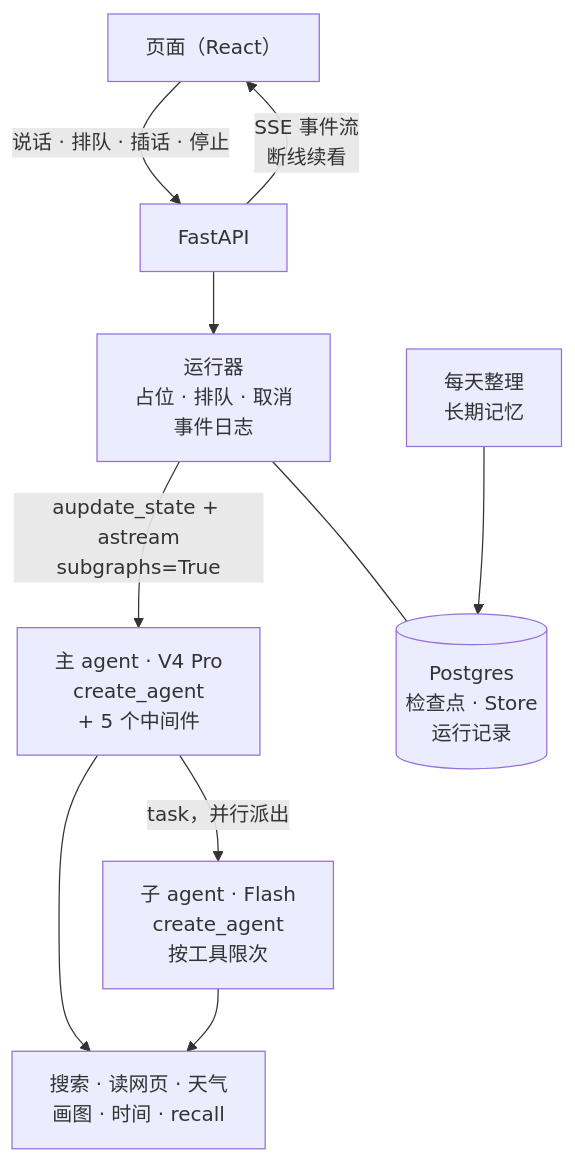
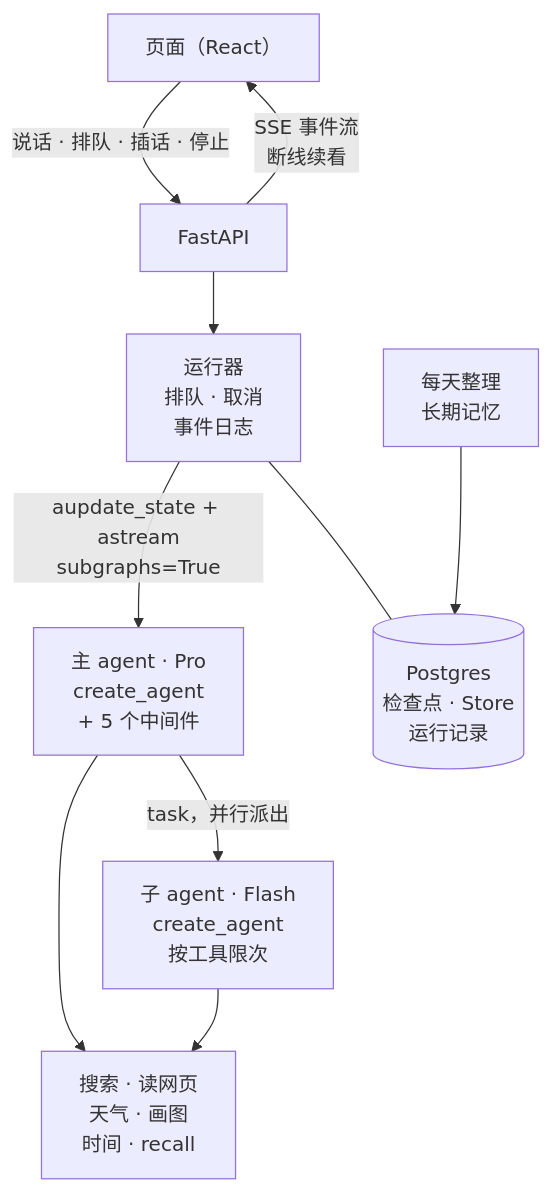
One commit to HyxiaoGe/LingDraft changed the diagram in README.md. Above: the diagram before and after it, drawn with Mermaid.

Commit message:
架构图再缩短几行：GitHub 上的 mermaid 换行更早

````diff
--- a/README.md
+++ b/README.md
@@ -11,12 +11,12 @@
 ```mermaid
 flowchart TB
     UI["页面（React）"] -- "说话 · 排队 · 插话 · 停止" --> API["FastAPI"]
     API -- "SSE 事件流<br/>断线续看" --> UI
-    API --> Runner["运行器<br/>占位 · 排队 · 取消<br/>事件日志"]
-    Runner -- "aupdate_state + astream<br/>subgraphs=True" --> Main["主 agent · V4 Pro<br/>create_agent<br/>+ 5 个中间件"]
+    API --> Runner["运行器<br/>排队 · 取消<br/>事件日志"]
+    Runner -- "aupdate_state + astream<br/>subgraphs=True" --> Main["主 agent · Pro<br/>create_agent<br/>+ 5 个中间件"]
     Main -- "task，并行派出" --> Sub["子 agent · Flash<br/>create_agent<br/>按工具限次"]
-    Main --> Tools["搜索 · 读网页 · 天气<br/>画图 · 时间 · recall"]
+    Main --> Tools["搜索 · 读网页<br/>天气 · 画图<br/>时间 · recall"]
     Sub --> Tools
     Runner --- PG[("Postgres<br/>检查点 · Store<br/>运行记录")]
     Dream["每天整理<br/>长期记忆"] --> PG
 ```
````
